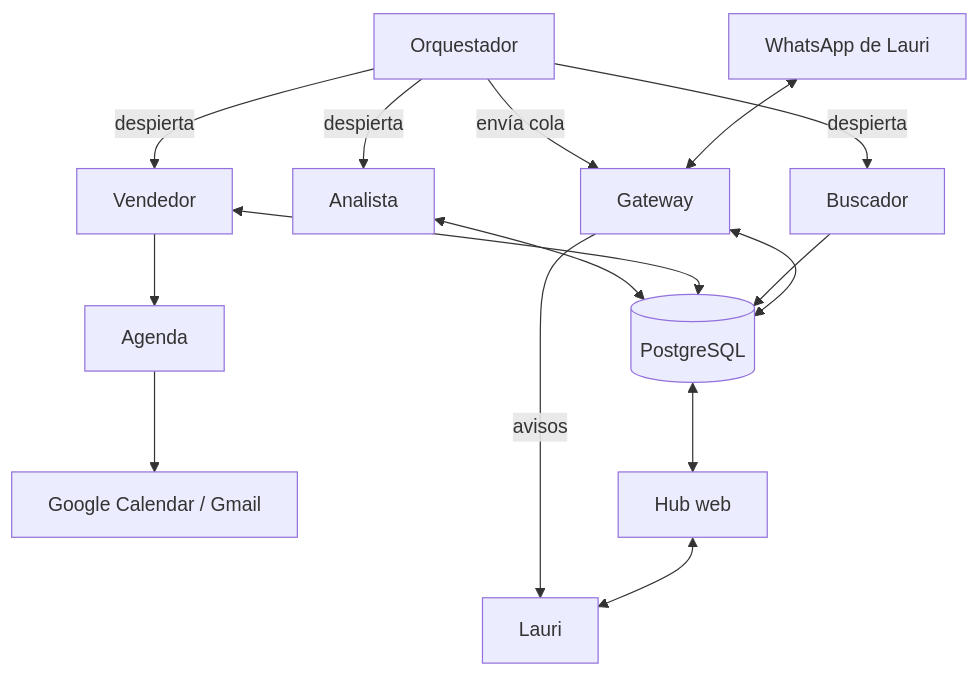
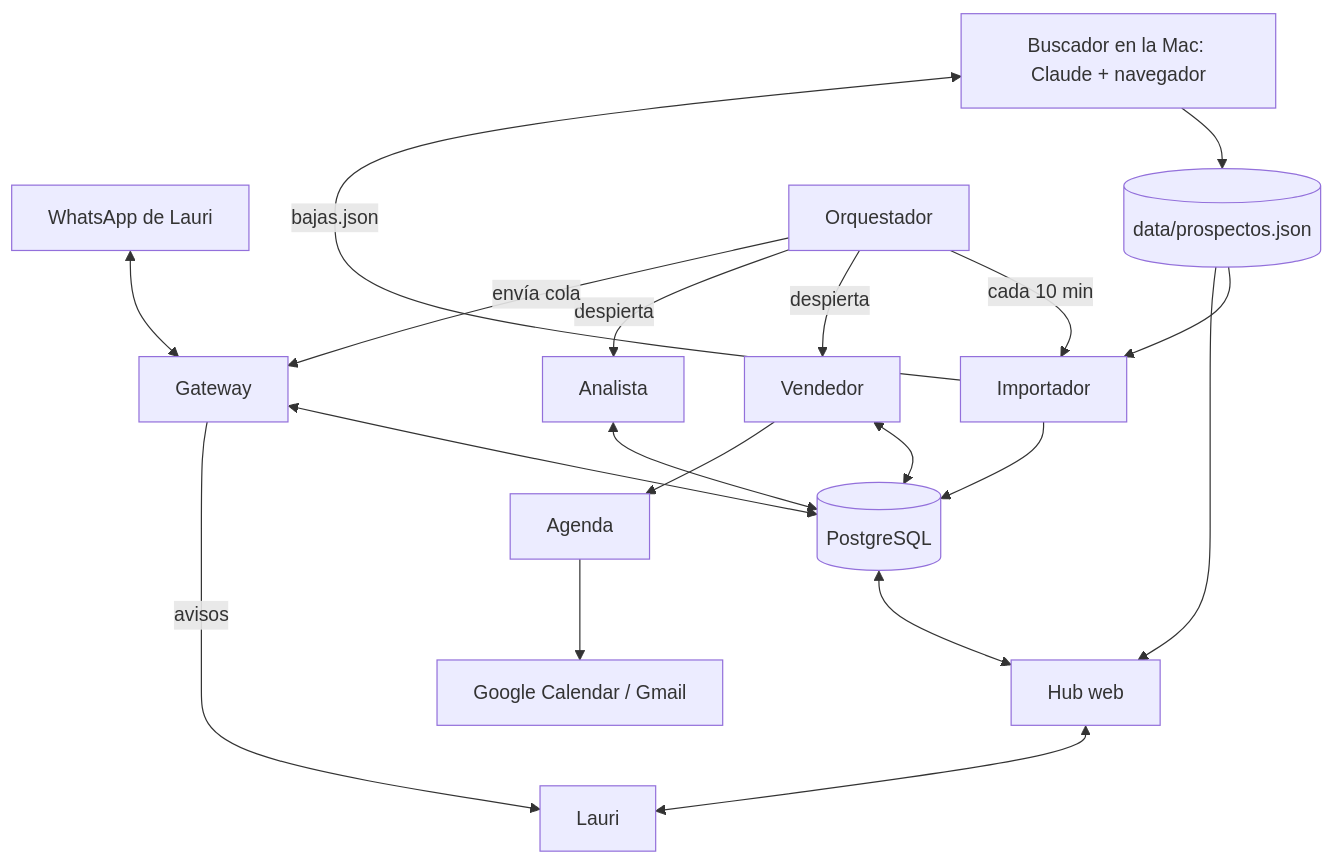
The second of 3 diagrams in Business.MD (Laureano11/seller-psicologos), drawn with Mermaid before and after one commit. The commit also changed other lines of this file and 12 other files, not shown here.

````diff
--- a/Business.MD
+++ b/Business.MD
@@ -399,16 +400,20 @@
 ```mermaid
 flowchart TB
   WA[WhatsApp de Lauri] <--> GW[Gateway]
   GW <--> DB[(PostgreSQL)]
-  OR[Orquestador] -->|despierta| BU[Buscador]
+  BU[Buscador en la Mac: Claude + navegador] --> JS[(data/prospectos.json)]
+  OR[Orquestador] -->|cada 10 min| IM[Importador]
+  JS --> IM
   OR -->|despierta| VE[Vendedor]
   OR -->|despierta| AN[Analista]
   OR -->|envía cola| GW
-  BU --> DB
+  IM --> DB
+  IM -->|bajas.json| BU
+  JS --> HUB
   VE <--> DB
   VE --> AG[Agenda] --> GC[Google Calendar / Gmail]
   AN <--> DB
   DB <--> HUB[Hub web]
   HUB <--> L[Lauri]
   GW -->|avisos| L
 ```
````
